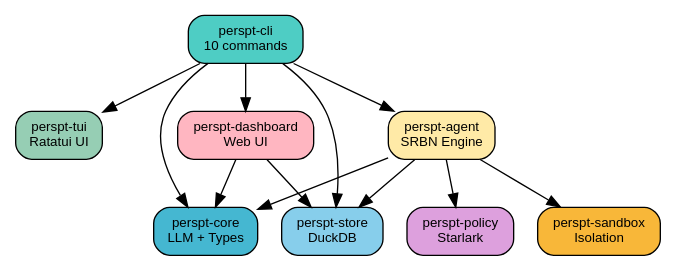
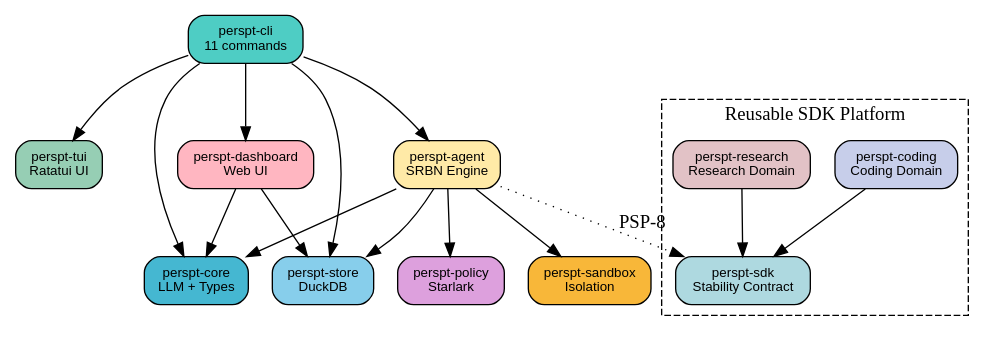
One commit to eonseed/perspt changed the diagram in docs/perspt_book/source/concepts/workspace-crates.rst. Above: the diagram before and after it, drawn with Graphviz. The commit also changed other lines of this file and 38 other files, not shown here.

Commit message:
docs: Align Perspt book with the Stability paper series and PSP-8 platform

```diff
--- a/docs/perspt_book/source/concepts/workspace-crates.rst
+++ b/docs/perspt_book/source/concepts/workspace-crates.rst
@@ -9,29 +14,40 @@
 .. graphviz::
    :align: center
    :caption: Crate Dependencies
 
    digraph deps {
        rankdir=TB;
        node [shape=box, style="rounded,filled", fontname="Helvetica", fontsize=10];
 
-       cli [label="perspt-cli\n10 commands", fillcolor="#4ECDC4"];
+       cli [label="perspt-cli\n11 commands", fillcolor="#4ECDC4"];
        tui [label="perspt-tui\nRatatui UI", fillcolor="#96CEB4"];
        agent [label="perspt-agent\nSRBN Engine", fillcolor="#FFEAA7"];
        core [label="perspt-core\nLLM + Types", fillcolor="#45B7D1"];
        store [label="perspt-store\nDuckDB", fillcolor="#87CEEB"];
        policy [label="perspt-policy\nStarlark", fillcolor="#DDA0DD"];
        sandbox [label="perspt-sandbox\nIsolation", fillcolor="#F8B739"];
        dashboard [label="perspt-dashboard\nWeb UI", fillcolor="#FFB6C1"];
+
+       subgraph cluster_sdk {
+           label="Reusable SDK Platform";
+           style=dashed;
+           sdk [label="perspt-sdk\nStability Contract", fillcolor="#AED9E0"];
+           coding [label="perspt-coding\nCoding Domain", fillcolor="#C7CEEA"];
+           research [label="perspt-research\nResearch Domain", fillcolor="#E2C2C6"];
+       }
 
        cli -> tui;
        cli -> agent;
        cli -> core;
        cli -> store;
        cli -> dashboard;
        agent -> core;
        agent -> store;
        agent -> policy;
        agent -> sandbox;
+       agent -> sdk [style=dotted, label="PSP-8"];
+       coding -> sdk;
+       research -> sdk;
        dashboard -> store;
        dashboard -> core;
    }
```
